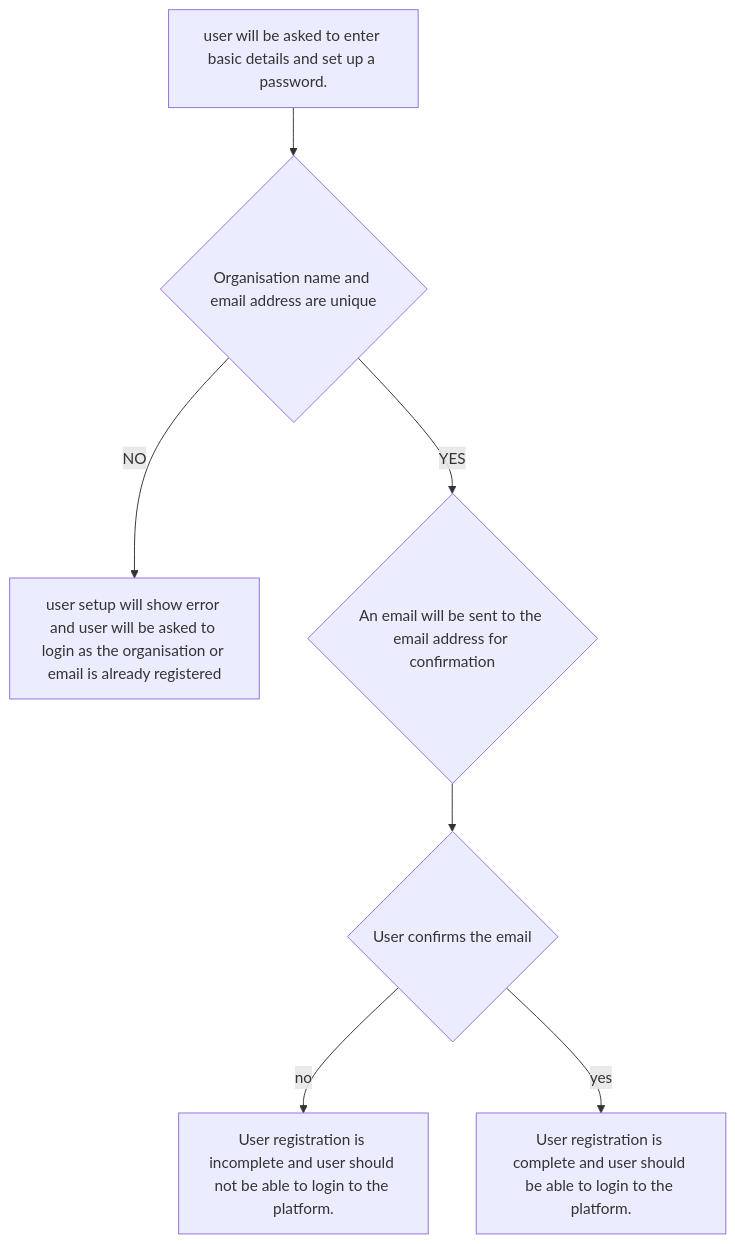
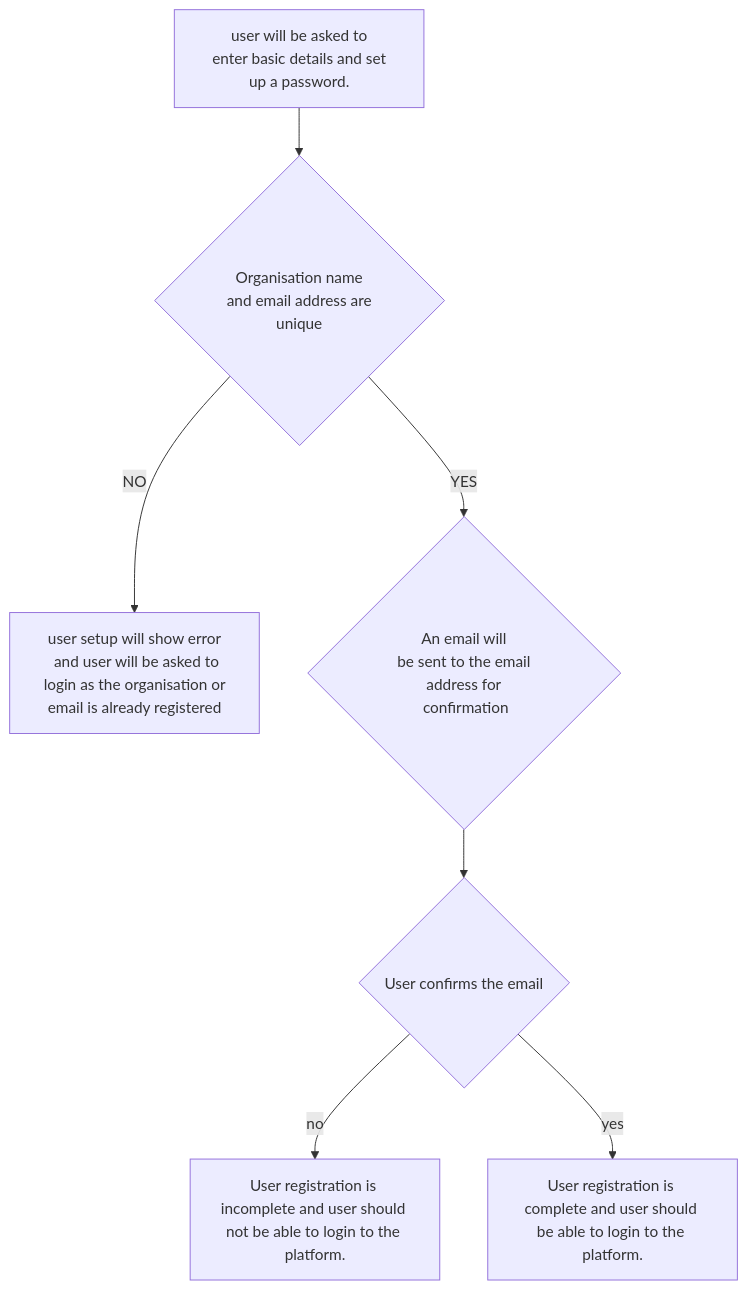
Before and after one commit to d-rec/drec-origin: the third of 18 diagrams in docs/dev_docs/functional-requirements.md, drawn with Mermaid. The commit also changed other lines of this file, not shown here.

````diff
--- a/docs/dev_docs/functional-requirements.md
+++ b/docs/dev_docs/functional-requirements.md
@@ -275,17 +275,17 @@
 ```mermaid
 flowchart TD
-  A[user will be asked to enter basic details and set up a password.]
-  B{Organisation name and email address are unique}
-  C[user setup will show error and user will be asked to login as the organisation or email is already registered]
-  D{An email will be sent to the email address for confirmation}
+  A[user will be asked to\n enter basic details and set up a password.]
+  B{Organisation name\n and email address are unique}
+  C[user setup will show error\n and user will be asked to\n login as the organisation or email is already registered]
+  D{An email will\n be sent to the email address for\n confirmation}
   E{User confirms the email}
   F[User registration is complete and user should be able to login to the platform.]
   G[User registration is incomplete and user should not be able to login to the platform.]
 
   A --> B
   B -- NO --> C
   B -- YES --> D
   D --> E
   E -- no --> G
   E -- yes --> F
 ```
````
